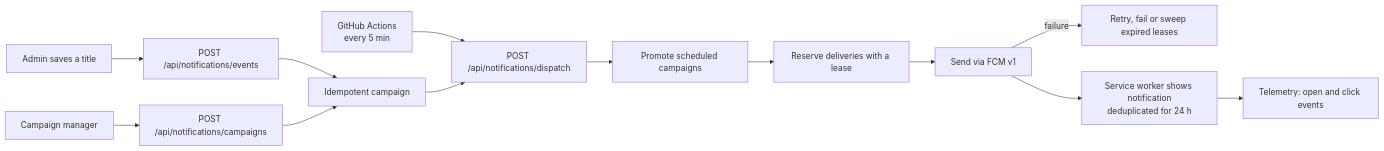
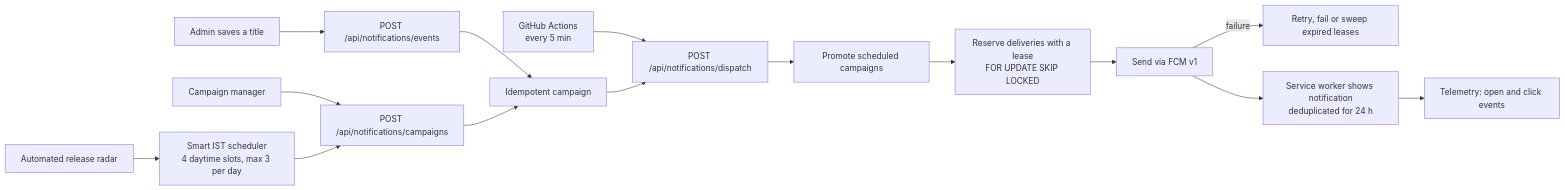
Before and after one commit to akramiyi/movieverify: the third of 3 diagrams in README.md, drawn with Mermaid. The commit also changed other lines of this file, not shown here.

````diff
--- a/README.md
+++ b/README.md
@@ -389,17 +418,19 @@
 ```mermaid
 flowchart LR
     A1["Admin saves a title"] --> EV["POST /api/notifications/events"]
     A2["Campaign manager"] --> CP["POST /api/notifications/campaigns"]
+    A3["Automated release radar"] --> SCH["Smart IST scheduler<br/>4 daytime slots, max 3 per day"]
+    SCH --> CP
     EV --> CAMP["Idempotent campaign"]
     CP --> CAMP
 
     CRON["GitHub Actions<br/>every 5 min"] --> DIS["POST /api/notifications/dispatch"]
     CAMP --> DIS
 
     DIS --> PROMO["Promote scheduled campaigns"]
-    PROMO --> LEASE["Reserve deliveries with a lease"]
+    PROMO --> LEASE["Reserve deliveries with a lease<br/>FOR UPDATE SKIP LOCKED"]
     LEASE --> SEND["Send via FCM v1"]
     SEND -- "failure" --> RETRY["Retry, fail or sweep expired leases"]
     SEND --> SW["Service worker shows notification<br/>deduplicated for 24 h"]
     SW --> TEL["Telemetry: open and click events"]
 ```
````
